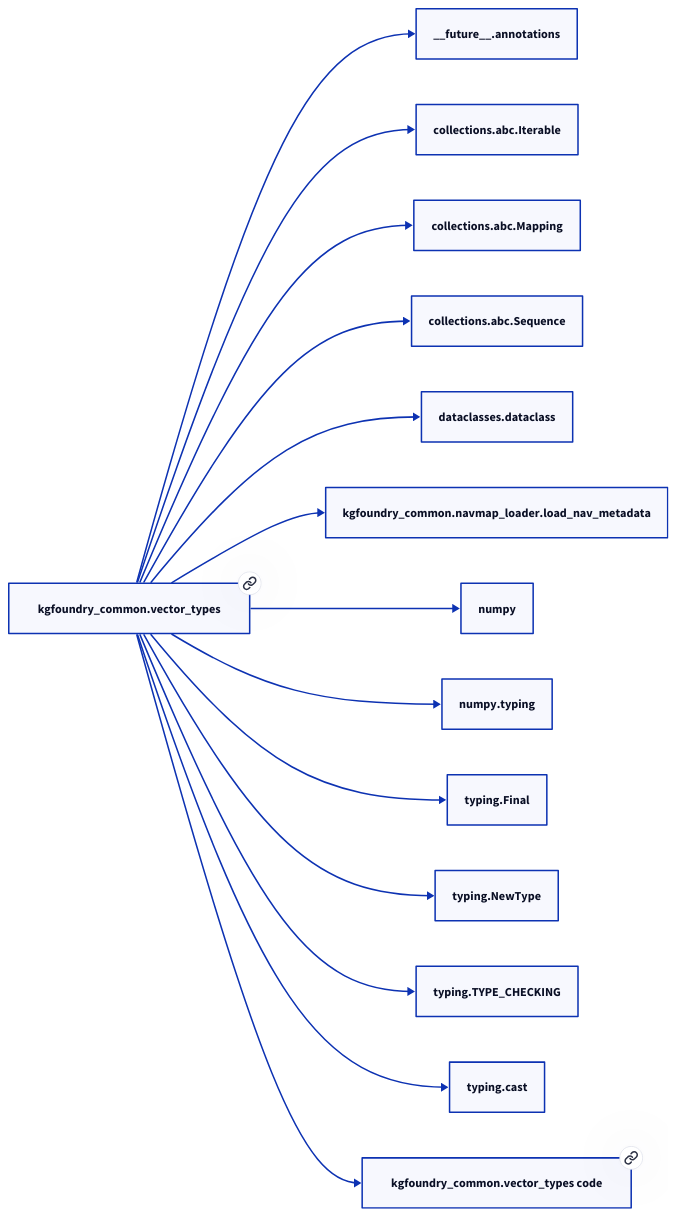
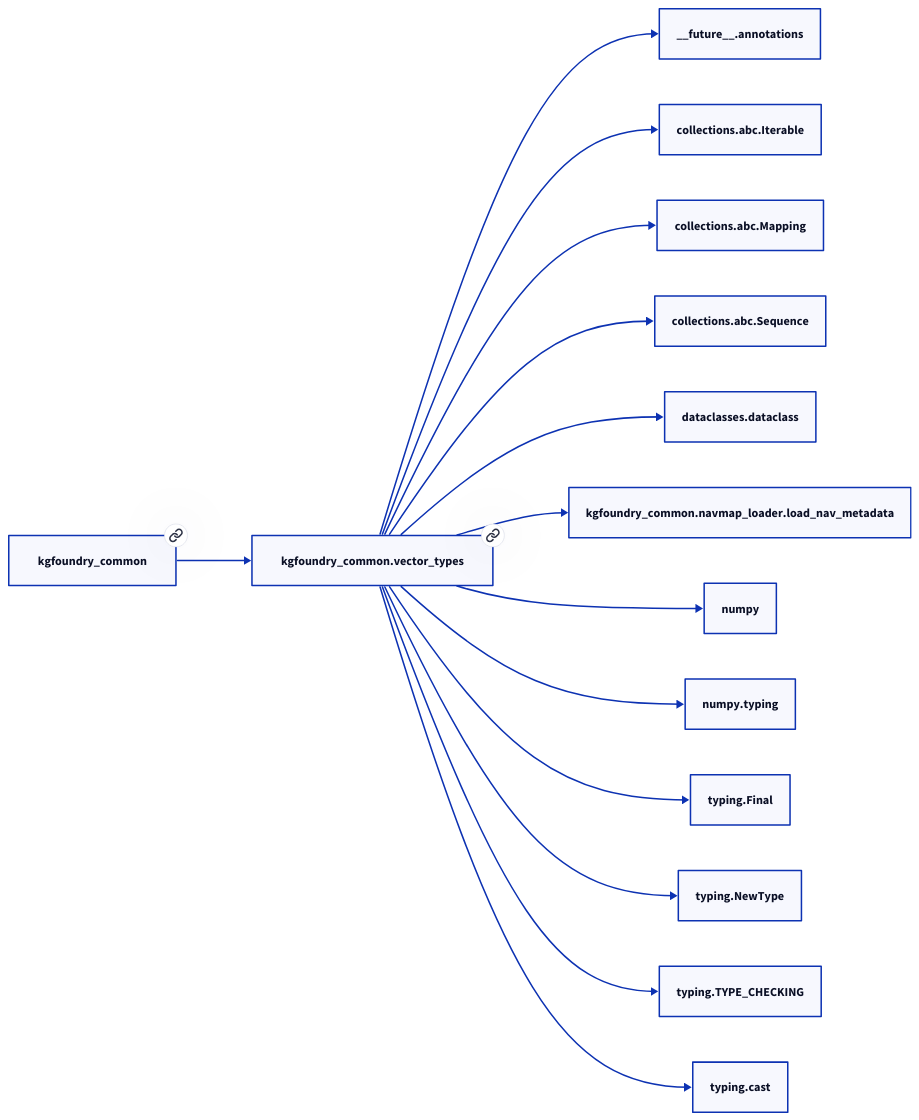
One commit to paul-heyse/kgforge changed the second of 2 diagrams in docs/modules/kgfoundry_common/vector_types.md. Above: the diagram before and after it, drawn with D2. The commit also changed other lines of this file and 208 other files, not shown here.

````diff
--- a/docs/modules/kgfoundry_common/vector_types.md
+++ b/docs/modules/kgfoundry_common/vector_types.md
@@ -63,30 +67,30 @@
 ```d2
 direction: right
-"kgfoundry_common.vector_types": "kgfoundry_common.vector_types" { link: "./kgfoundry_common/vector_types.md" }
+"kgfoundry_common.vector_types": "kgfoundry_common.vector_types" { link: "https://github.com/paul-heyse/kgfoundry/blob/main/src/kgfoundry_common/vector_types.py" }
 "__future__.annotations": "__future__.annotations"
 "kgfoundry_common.vector_types" -> "__future__.annotations"
 "collections.abc.Iterable": "collections.abc.Iterable"
 "kgfoundry_common.vector_types" -> "collections.abc.Iterable"
 "collections.abc.Mapping": "collections.abc.Mapping"
 "kgfoundry_common.vector_types" -> "collections.abc.Mapping"
 "collections.abc.Sequence": "collections.abc.Sequence"
 "kgfoundry_common.vector_types" -> "collections.abc.Sequence"
 "dataclasses.dataclass": "dataclasses.dataclass"
 "kgfoundry_common.vector_types" -> "dataclasses.dataclass"
 "kgfoundry_common.navmap_loader.load_nav_metadata": "kgfoundry_common.navmap_loader.load_nav_metadata"
 "kgfoundry_common.vector_types" -> "kgfoundry_common.navmap_loader.load_nav_metadata"
 "numpy": "numpy"
 "kgfoundry_common.vector_types" -> "numpy"
 "numpy.typing": "numpy.typing"
 "kgfoundry_common.vector_types" -> "numpy.typing"
 "typing.Final": "typing.Final"
 "kgfoundry_common.vector_types" -> "typing.Final"
 "typing.NewType": "typing.NewType"
 "kgfoundry_common.vector_types" -> "typing.NewType"
 "typing.TYPE_CHECKING": "typing.TYPE_CHECKING"
 "kgfoundry_common.vector_types" -> "typing.TYPE_CHECKING"
 "typing.cast": "typing.cast"
 "kgfoundry_common.vector_types" -> "typing.cast"
-"kgfoundry_common.vector_types_code": "kgfoundry_common.vector_types code" { link: "https://github.com/kgfoundry/kgfoundry/blob/main/src/kgfoundry_common/vector_types.py" }
-"kgfoundry_common.vector_types" -> "kgfoundry_common.vector_types_code" { style: dashed }
+"kgfoundry_common": "kgfoundry_common" { link: "https://github.com/paul-heyse/kgfoundry/blob/main/src/kgfoundry_common/__init__.py" }
+"kgfoundry_common" -> "kgfoundry_common.vector_types" { style: dashed }
 ```
````
